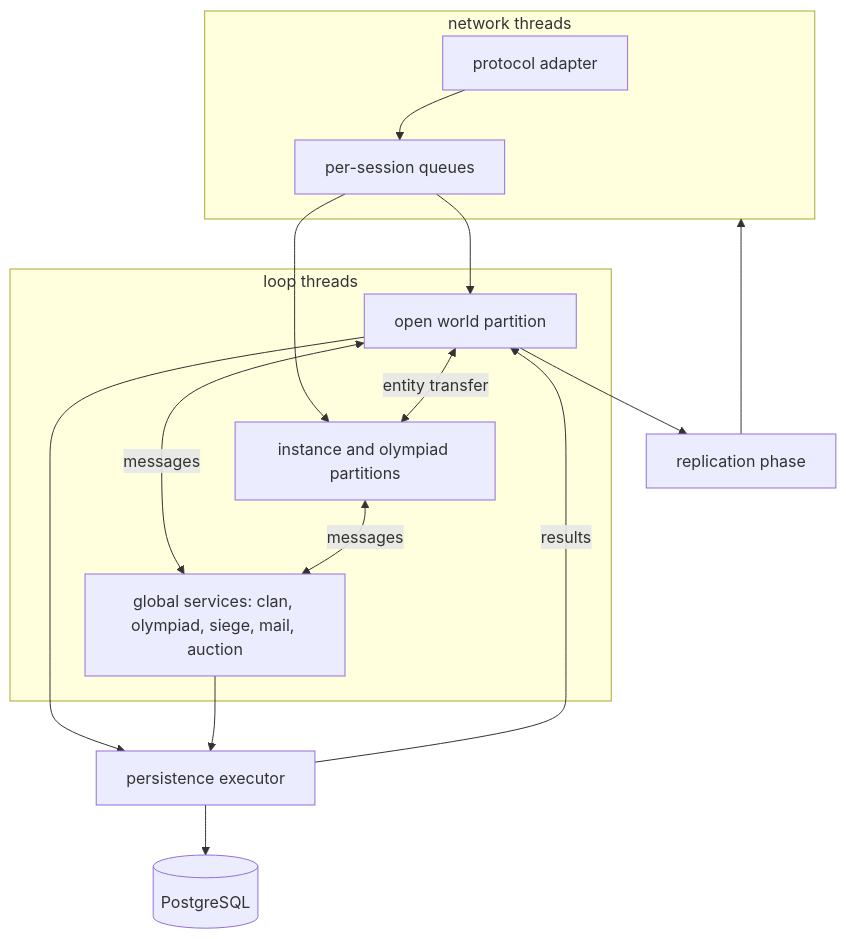
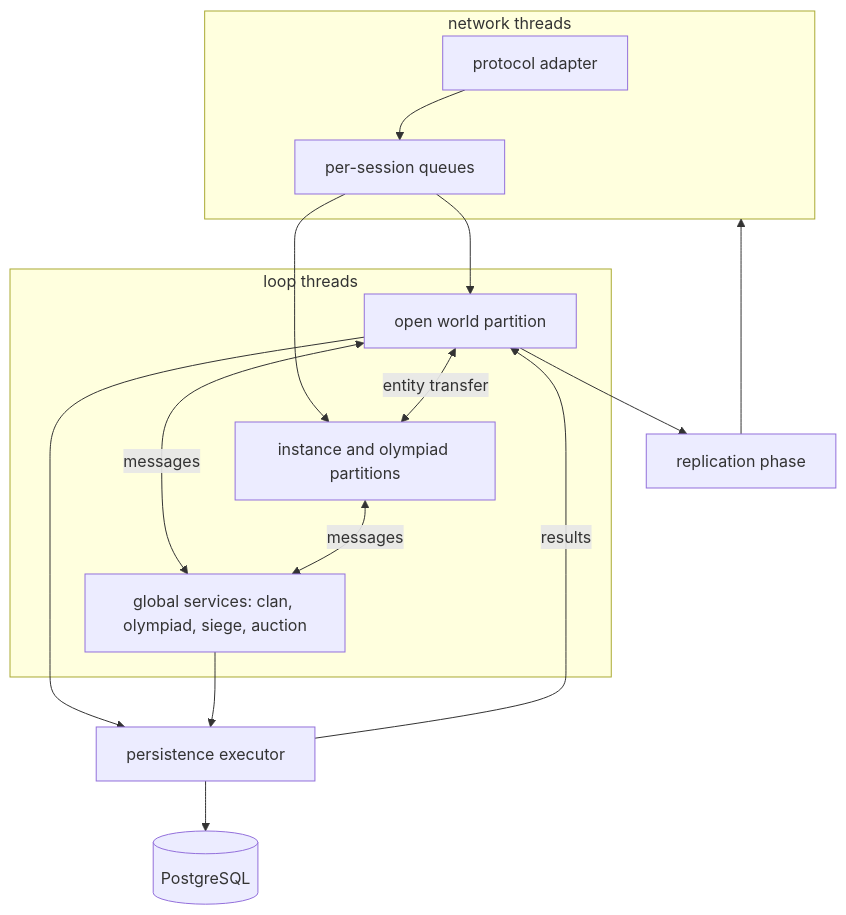
Before and after one commit to l2nx/nx-dev-web: the diagram in src/content/docs/core/architecture.md, drawn with Mermaid. The commit also changed other lines of this file and 22 other files, not shown here.

````diff
--- a/src/content/docs/core/architecture.md
+++ b/src/content/docs/core/architecture.md
@@ -30,20 +30,20 @@
 ```mermaid
 flowchart TB
   subgraph IO[network threads]
     C[protocol adapter] --> SQ[per-session queues]
   end
   SQ --> W
   SQ --> I
   subgraph Loops[loop threads]
     W[open world partition]
     I[instance and olympiad partitions]
-    G[global services: clan, olympiad, siege, mail, auction]
+    G[global services: clan, olympiad, siege, auction]
   end
   W <-->|messages| G
   I <-->|messages| G
   W <-->|entity transfer| I
   W --> R[replication phase] --> IO
   W --> P[persistence executor] --> DB[(PostgreSQL)]
   G --> P
   P -->|results| W
 ```
````
